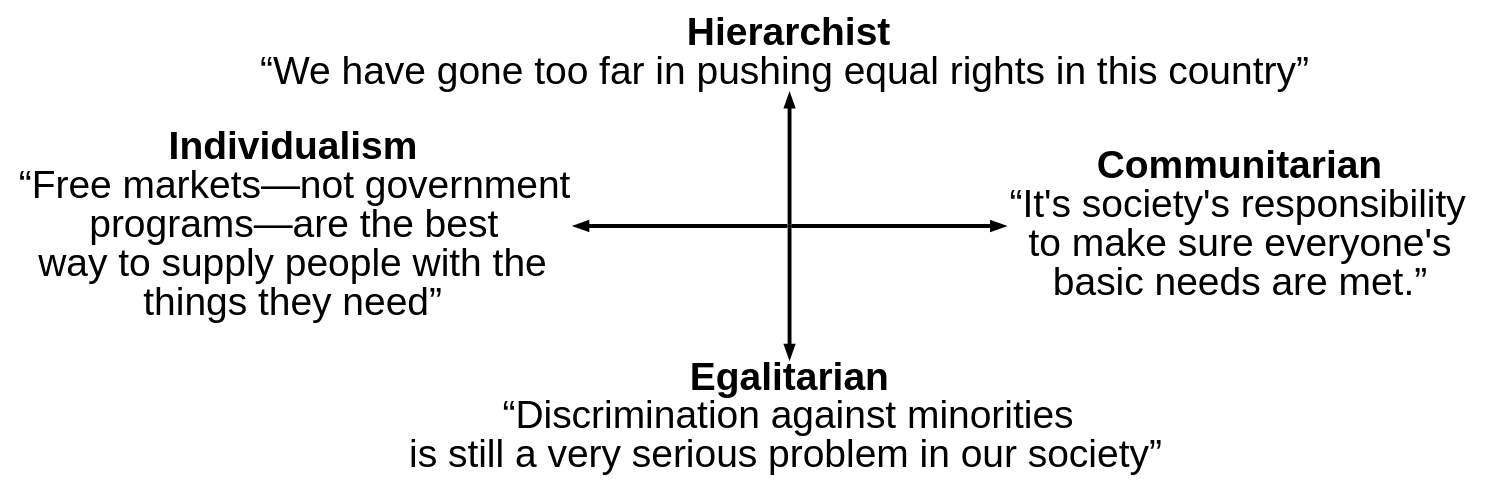
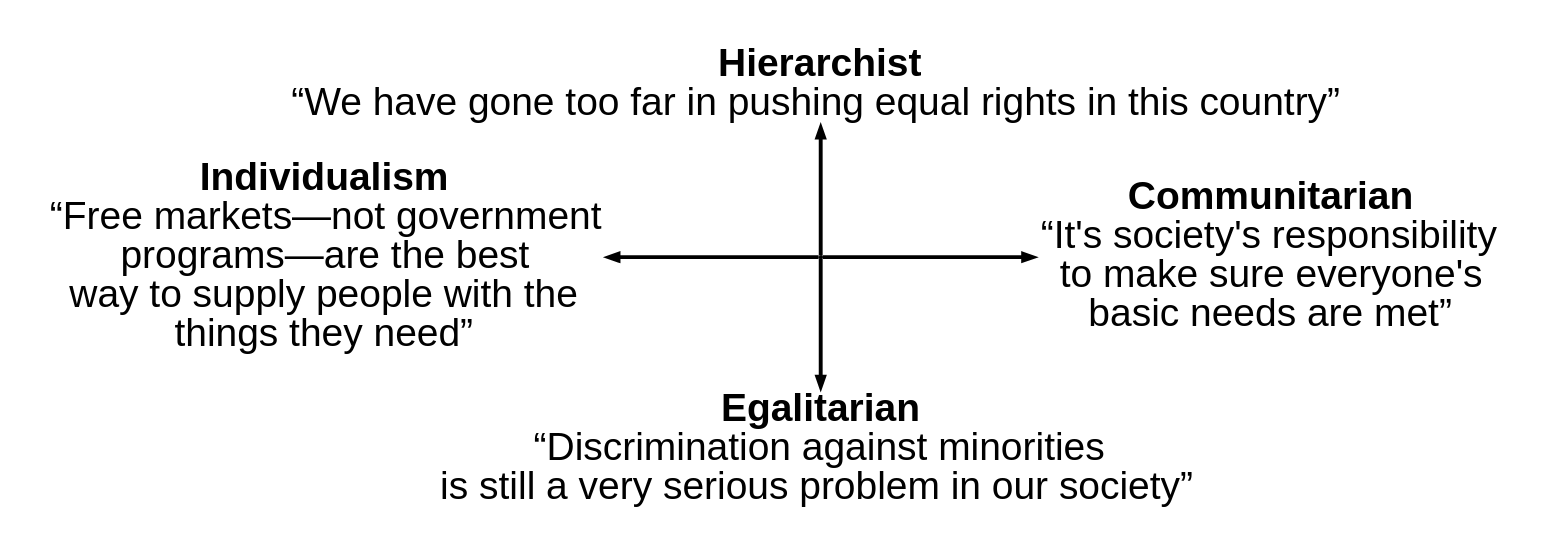
The fourth of 5 diagrams in workshop.qmd (matt-lab/2023-05-26_rejection-of-science), drawn with Graphviz before and after one commit. The commit also changed other lines of this file and 1 other file, not shown here.

Commit message:
Added environmental worldview digraph

````diff
--- a/workshop.qmd
+++ b/workshop.qmd
@@ -306,28 +306,24 @@
 ```{dot}
-digraph  grid
+//| fig-width: 12
+digraph  worldview_cultural
 {
-  graph [ranksep="0.4", nodesep="3"];
+  graph [pad = 0.5 ranksep="0.4", nodesep="3"];
 	fontname="Helvetica,Arial,sans-serif"
 	node [fontname="Helvetica,Arial,sans-serif" fontsize=40]
 	edge [fontname="Helvetica,Arial,sans-serif" penwidth=4]
 	layout=dot
 	node [shape=plaintext]
-	// arbitrary path on rigid grid
+  edge [weight=1000]
+	// Labels
   Individualism[label=<<B>Individualism</B><br/>&ldquo;Free markets&mdash;not government<br/>programs&mdash;are the best<br/>way to supply people with the<br/>things they need&rdquo;>]
-  Communitarian[label=<<B>Communitarian</B><br/>&ldquo;It's society's responsibility<br/>to make sure everyone's<br/>basic needs are met.&rdquo;>]
+  Communitarian[label=<<B>Communitarian</B><br/>&ldquo;It's society's responsibility<br/>to make sure everyone's<br/>basic needs are met&rdquo;>]
   Hierarchist[label=<<B>Hierarchist</B><br/>&ldquo;We have gone too far in pushing equal rights in this country&rdquo;>]
   Egalitarian[label=<<B>Egalitarian</B><br/>&ldquo;Discrimination against minorities<br/>is still a very serious problem in our society&rdquo;>]
   X[shape=point]
 
-	edge [weight=1000]
-
-	// uncomment to hide the grid
-	//edge [style=invis]
   Hierarchist -> X  [dir="back"]
   X -> Egalitarian
 	rank=same {X -> Communitarian}
   rank=same {Individualism -> X [dir="back"]}
 }
-
-
 ```
````
